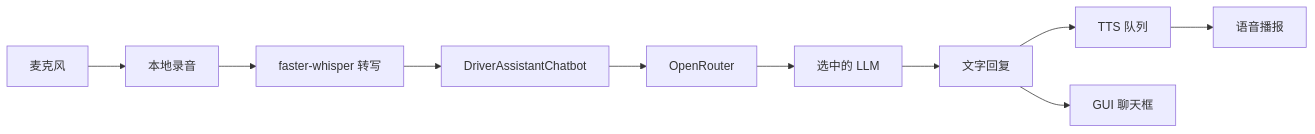
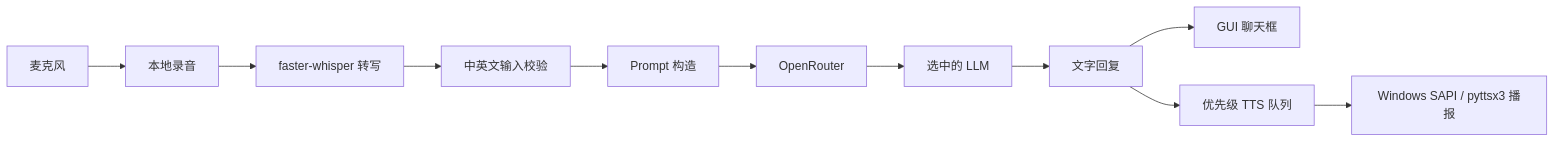
Before and after one commit to CS731-2026/project-1-emotion-aware-chatbot-team-6: the second of 2 diagrams in README.zh-CN.md, drawn with Mermaid. The commit also changed other lines of this file and 4 other files, not shown here.

````diff
--- a/README.zh-CN.md
+++ b/README.zh-CN.md
@@ -127,12 +218,13 @@
 ```mermaid
 flowchart LR
     A["麦克风"] --> B["本地录音"]
     B --> C["faster-whisper 转写"]
-    C --> D["DriverAssistantChatbot"]
-    D --> E["OpenRouter"]
-    E --> F["选中的 LLM"]
-    F --> G["文字回复"]
-    G --> H["TTS 队列"]
-    H --> I["语音播报"]
-    G --> J["GUI 聊天框"]
+    C --> D["中英文输入校验"]
+    D --> E["Prompt 构造"]
+    E --> F["OpenRouter"]
+    F --> G["选中的 LLM"]
+    G --> H["文字回复"]
+    H --> I["GUI 聊天框"]
+    H --> J["优先级 TTS 队列"]
+    J --> K["Windows SAPI / pyttsx3 播报"]
 ```
````
